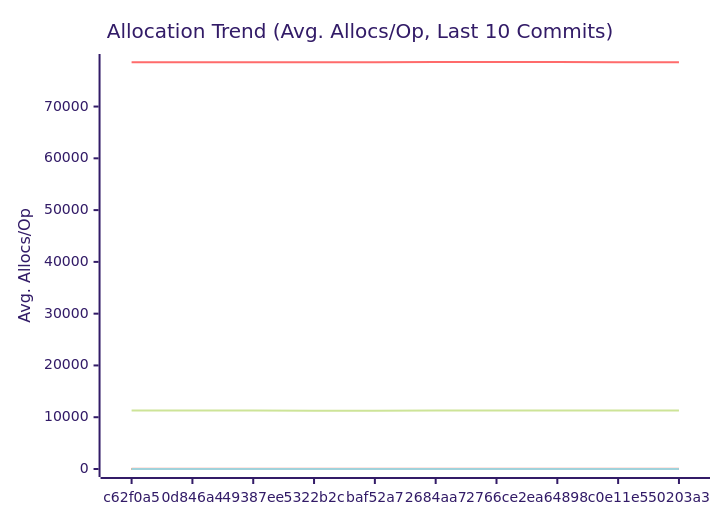
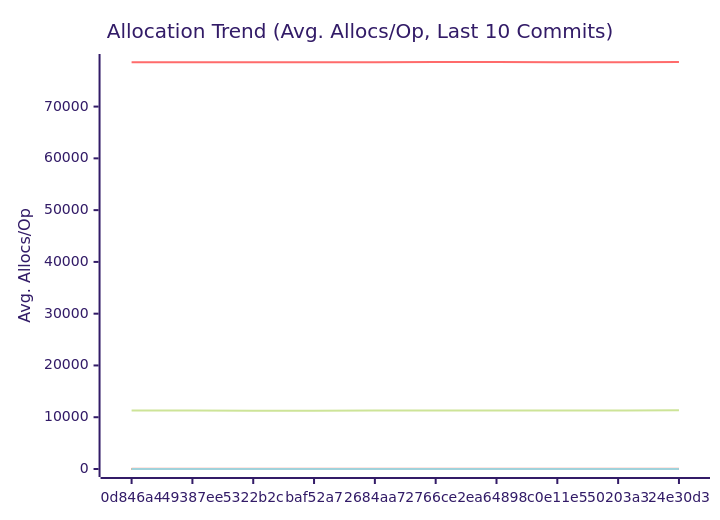
Before and after one commit to alsotoes/momo: the third of 3 diagrams in docs/PERFORMANCE.md, drawn with Mermaid (forest theme). The commit also changed other lines of this file and 3 other files, not shown here.

````diff
--- a/docs/PERFORMANCE.md
+++ b/docs/PERFORMANCE.md
@@ -197,20 +197,20 @@
 ```mermaid
 xychart-beta
     title "Allocation Trend (Avg. Allocs/Op, Last 10 Commits)"
     x-axis "Commit"
     y-axis "Avg. Allocs/Op"
-    x-axis [c62f0a5,0d846a4,49387ee,5322b2c,baf52a7,2684aa7,2766ce2,ea64898,c0e11e5,50203a3]
-    line "AWSChunkedReaderSigned" [11281,11297,11281,11264,11269,11322,11314,11309,11288,11293]
-    line "AWSChunkedReaderUnsigned" [78574,78571,78567,78568,78569,78587,78599,78604,78570,78569]
+    x-axis [0d846a4,49387ee,5322b2c,baf52a7,2684aa7,2766ce2,ea64898,c0e11e5,50203a3,24e30d3]
+    line "AWSChunkedReaderSigned" [11297,11281,11264,11269,11322,11314,11309,11288,11293,11324]
+    line "AWSChunkedReaderUnsigned" [78571,78567,78568,78569,78587,78599,78604,78570,78569,78612]
     line "CheckMetricsAndSwap" [0,0,0,0,0,0,0,0,0,0]
     line "CrushOptimized" [0,0,0,0,0,0,0,0,0,0]
     line "CrushOriginal" [3,3,3,3,3,3,3,3,3,3]
     line "IndexDirectTracking" [0,0,0,0,0,0,0,0,0,0]
     line "IndexSearch" [0,0,0,0,0,0,0,0,0,0]
     line "LoadGlobalConfig" [54,54,54,54,54,54,54,54,54,54]
     line "PadString" [1,1,1,1,1,1,1,1,1,1]
     line "ParseReplicationOrder_NoPrealloc" [6,6,6,6,6,5,5,5,5,5]
     line "ParseReplicationOrder_Prealloc" [2,2,2,2,2,1,1,1,1,1]
     line "SanitizeLog/Safe" [0,0,0,0,0,0,0,0,0,0]
     line "SanitizeLog/Unsafe" [1,1,1,1,1,1,1,1,1,1]
 ```
````
